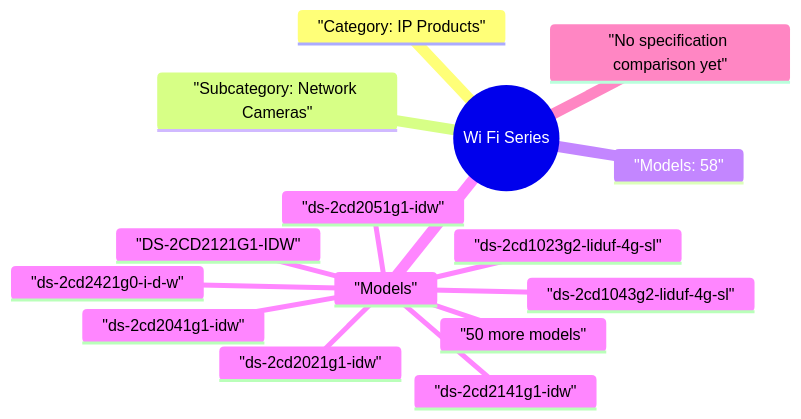
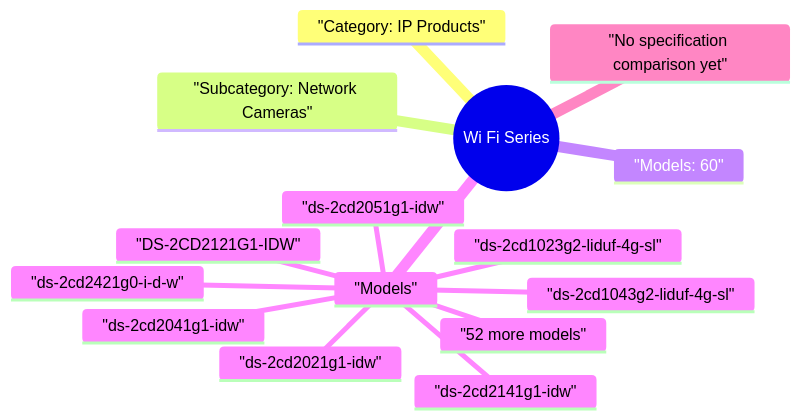
One commit to 123321step/hikvision-product-map changed the diagram in site/mindmaps/en-ip-products-network-cameras-wi-fi-series.mmd. Above: the diagram before and after it, drawn with Mermaid. The commit also changed 21 other files, not shown here.

```diff
--- a/site/mindmaps/en-ip-products-network-cameras-wi-fi-series.mmd
+++ b/site/mindmaps/en-ip-products-network-cameras-wi-fi-series.mmd
@@ -1,16 +1,16 @@
 mindmap
   root(("Wi Fi Series"))
     "Category: IP Products"
     "Subcategory: Network Cameras"
-    "Models: 58"
+    "Models: 60"
     "Models"
       "ds-2cd1023g2-liduf-4g-sl"
       "ds-2cd1043g2-liduf-4g-sl"
       "ds-2cd2021g1-idw"
       "ds-2cd2041g1-idw"
       "ds-2cd2051g1-idw"
       "DS-2CD2121G1-IDW"
       "ds-2cd2141g1-idw"
       "ds-2cd2421g0-i-d-w"
-      "50 more models"
+      "52 more models"
     "No specification comparison yet"
```
